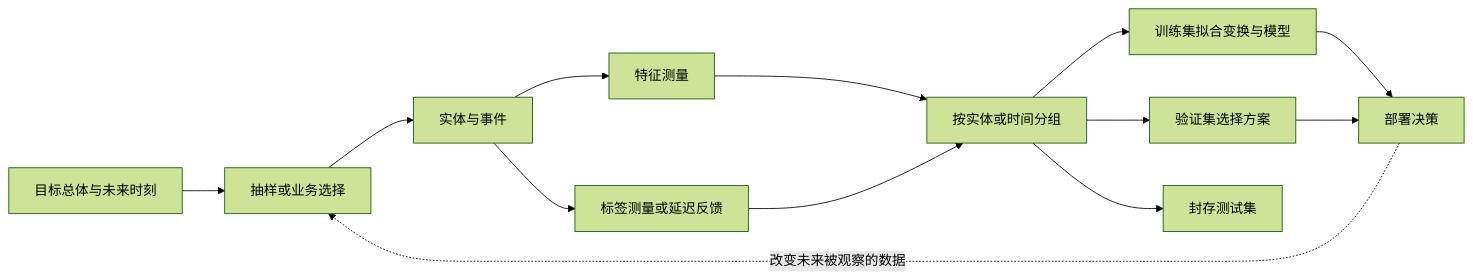
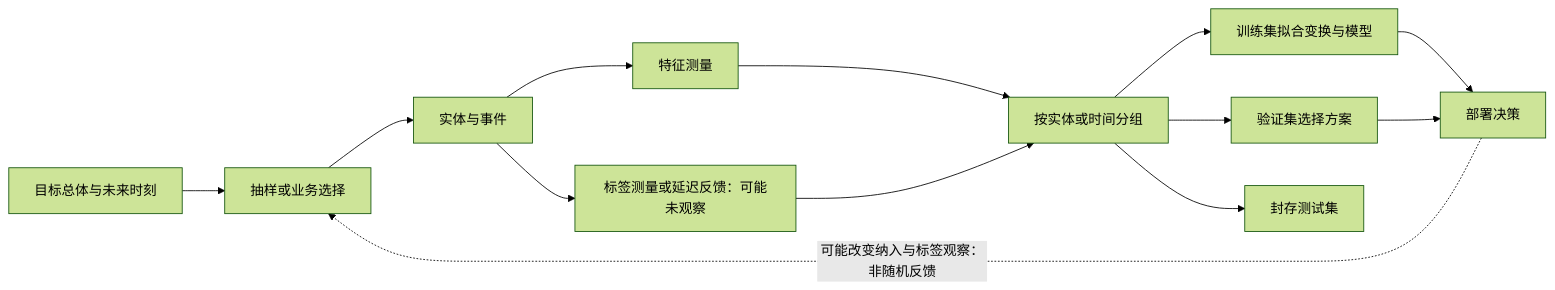
Before and after one commit to EunsonZ/WWL: the diagram in AI/10-机器学习与深度学习基础/05-数据集拆分清洗与泄漏.md, drawn with Mermaid (forest theme). The commit also changed other lines of this file and 230 other files, not shown here.

````diff
--- a/AI/10-机器学习与深度学习基础/05-数据集拆分清洗与泄漏.md
+++ b/AI/10-机器学习与深度学习基础/05-数据集拆分清洗与泄漏.md
@@ -62,15 +62,15 @@
 ```mermaid
 flowchart LR
     P[目标总体与未来时刻] --> S[抽样或业务选择]
     S --> E[实体与事件]
     E --> X[特征测量]
-    E --> Y[标签测量或延迟反馈]
+    E --> Y[标签测量或延迟反馈：可能未观察]
     X --> G[按实体或时间分组]
     Y --> G
     G --> T[训练集拟合变换与模型]
     G --> V[验证集选择方案]
     G --> Q[封存测试集]
     T --> D[部署决策]
     V --> D
-    D -.改变未来被观察的数据.-> S
+    D -.可能改变纳入与标签观察：非随机反馈.-> S
 ```
````
